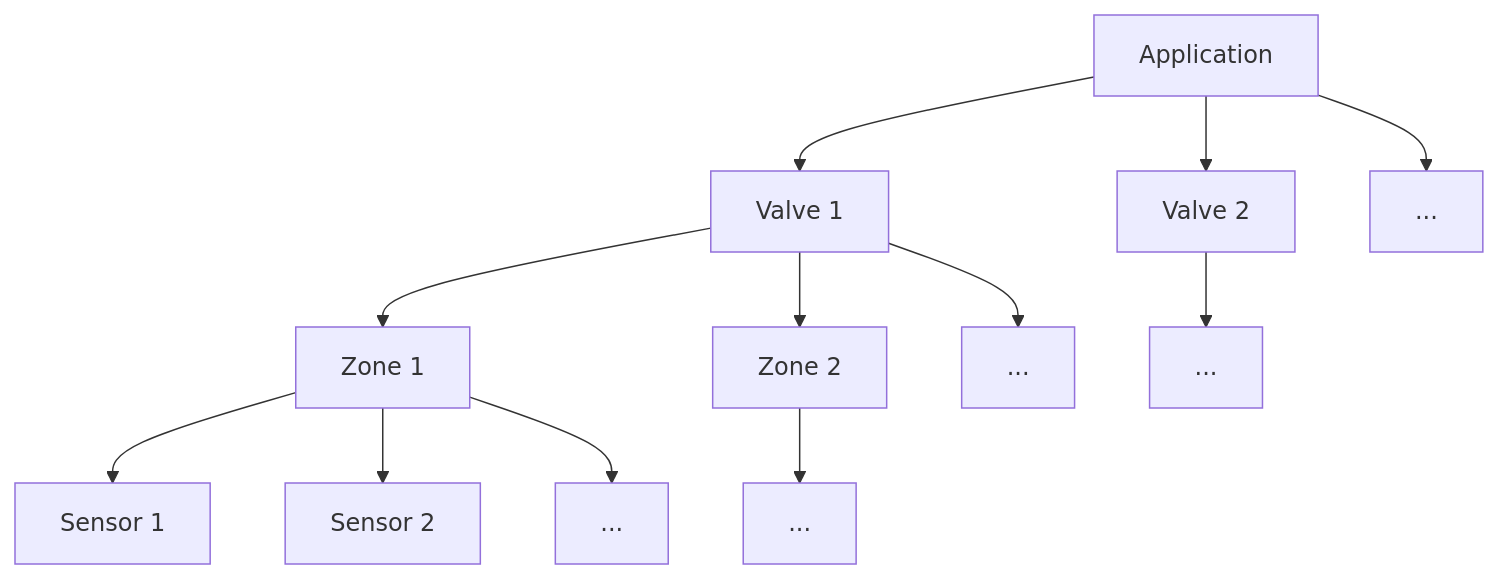
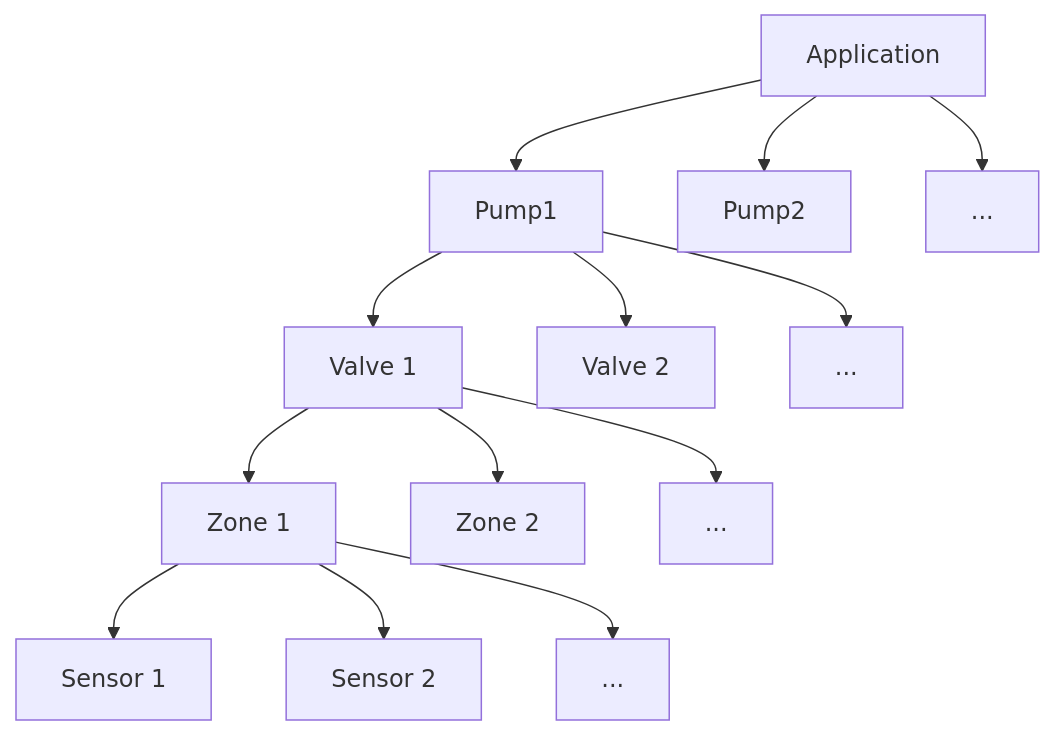
The diagram in README.md (SlendGamer/waterIO), drawn with Mermaid before and after one commit. The commit also changed other lines of this file, not shown here.

````diff
--- a/README.md
+++ b/README.md
@@ -9,16 +11,19 @@
 ```mermaid
-graph TD
-  App[Application] --> V1[Valve 1];
-  App --> V2[Valve 2];
-  App --> VX[...];
+graph TB
+  
+  App[Application] --> P1[Pump1];
+  App --> P2[Pump2];
+  App --> PX[...];
+
+  P1 --> V1[Valve 1];
+  P1 --> V2[Valve 2];
+  P1 --> VX[...];
 
   V1 --> Z1[Zone 1];
   V1 --> Z2[Zone 2];
   V1 --> ZX[...];
-  V2 --> ZXX[...];
 
   Z1 --> Sen1[Sensor 1];
   Z1 --> Sen2[Sensor 2];
   Z1 --> SenX[...];
-  Z2 --> SenXX[...];
 ```
````
